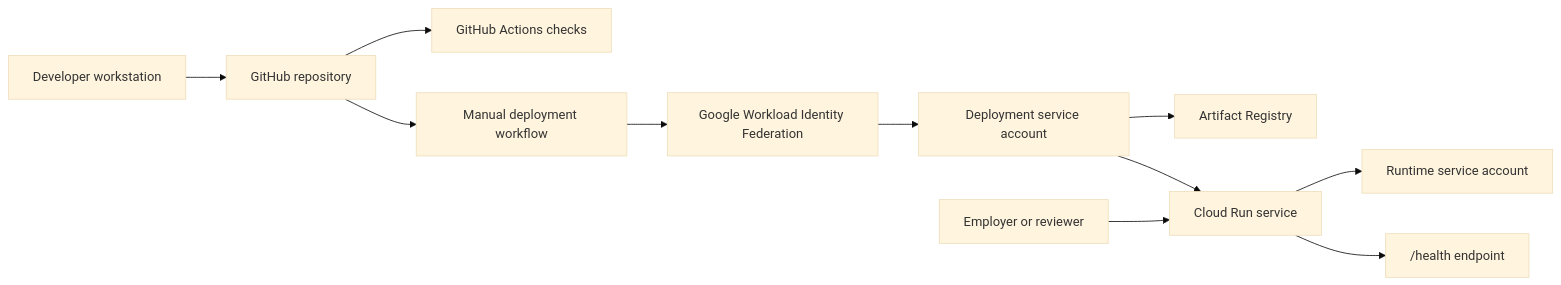
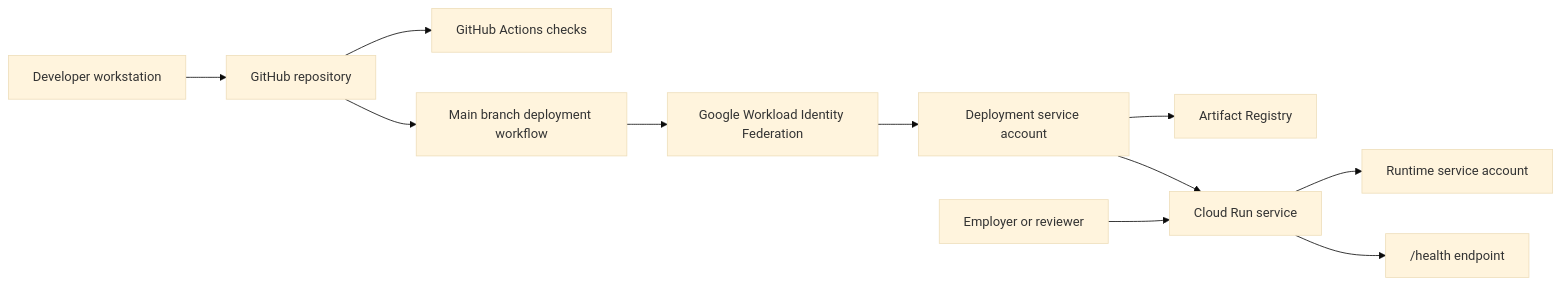
One commit to Colinchapm/living-cv changed the diagram in docs/architecture/overview.md. Above: the diagram before and after it, drawn with Mermaid (base theme). The commit also changed other lines of this file and 21 other files, not shown here.

````diff
--- a/docs/architecture/overview.md
+++ b/docs/architecture/overview.md
@@ -5,13 +5,13 @@
 ```mermaid
 flowchart LR
   Developer["Developer workstation"] --> GitHub["GitHub repository"]
   GitHub --> Checks["GitHub Actions checks"]
-  GitHub --> Deploy["Manual deployment workflow"]
+  GitHub --> Deploy["Main branch deployment workflow"]
   Deploy --> WIF["Google Workload Identity Federation"]
   WIF --> DeployerSA["Deployment service account"]
   DeployerSA --> ArtifactRegistry["Artifact Registry"]
   DeployerSA --> CloudRun["Cloud Run service"]
   CloudRun --> RuntimeSA["Runtime service account"]
   Visitor["Employer or reviewer"] --> CloudRun
   CloudRun --> Health["/health endpoint"]
 ```
````
